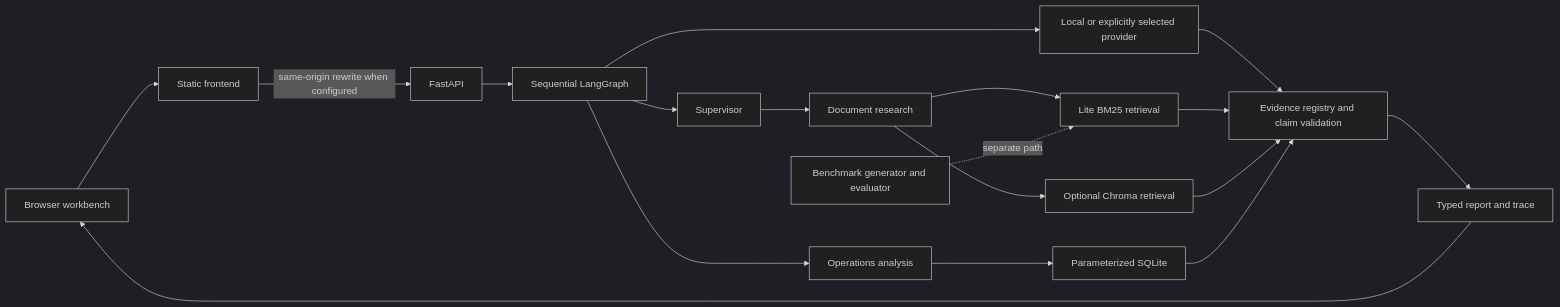
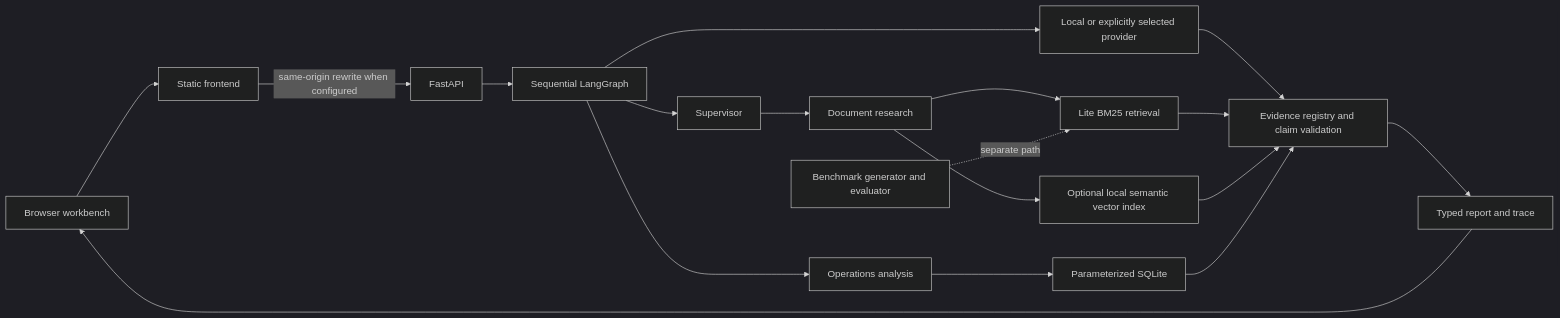
The diagram in README.md (itsmyfacade/RAG-AI-Evidence-Grounded-Intelligence-System), drawn with Mermaid (dark theme) before and after one commit. The commit also changed other lines of this file and 12 other files, not shown here.

Commit message:
fix: replace vulnerable ChromaDB with local semantic index

````diff
--- a/README.md
+++ b/README.md
@@ -46,20 +46,20 @@
 ```mermaid
 flowchart LR
     B[Browser workbench] --> F[Static frontend]
     F -->|same-origin rewrite when configured| A[FastAPI]
     A --> G[Sequential LangGraph]
     G --> S[Supervisor]
     S --> D[Document research]
     D --> L[Lite BM25 retrieval]
-    D --> C[Optional Chroma retrieval]
+    D --> C[Optional local semantic vector index]
     G --> O[Operations analysis]
     O --> Q[Parameterized SQLite]
     G --> Y[Local or explicitly selected provider]
     Y --> V[Evidence registry and claim validation]
     L --> V
     C --> V
     Q --> V
     V --> R[Typed report and trace]
     R --> B
     E[Benchmark generator and evaluator] -. separate path .-> L
 ```
````
